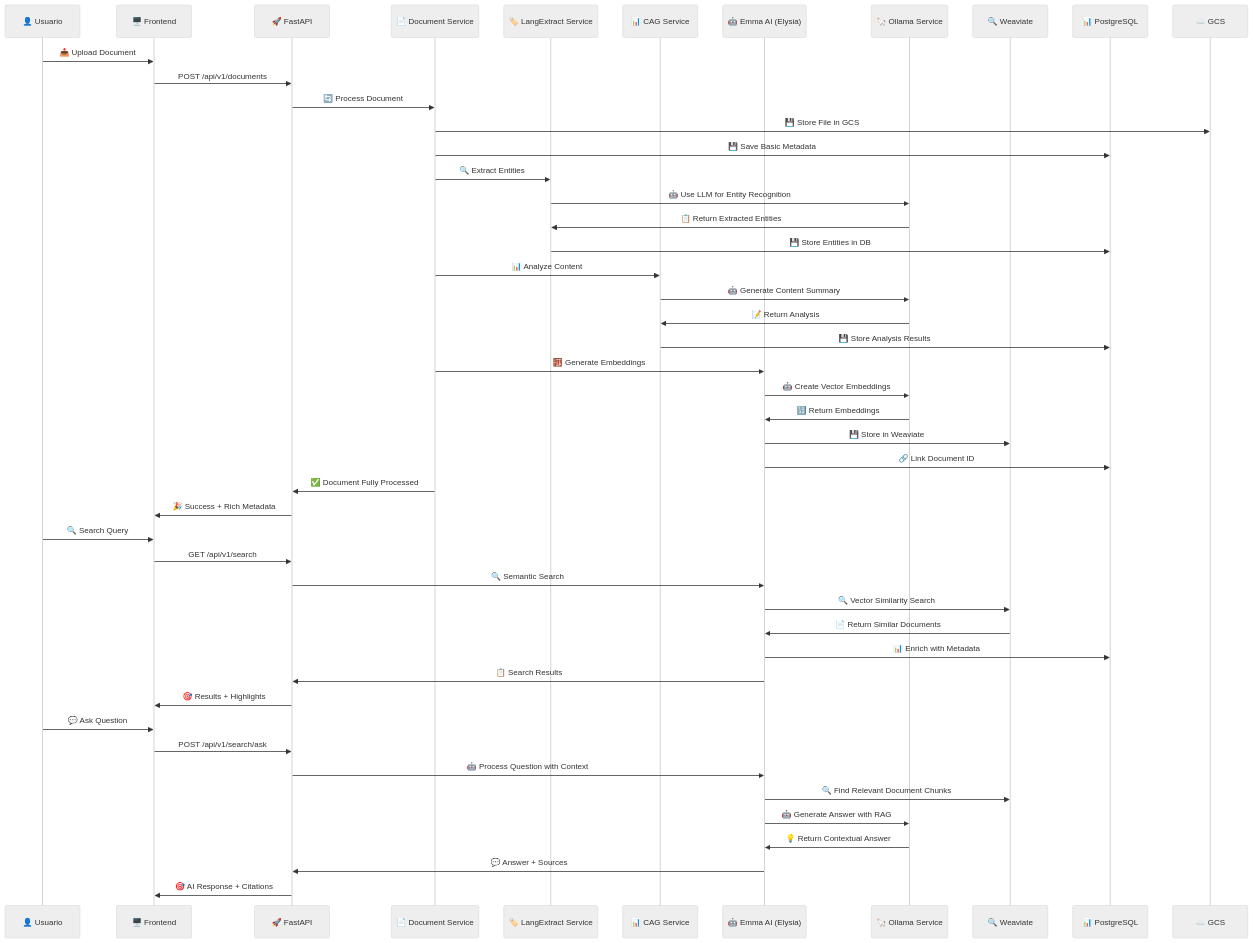
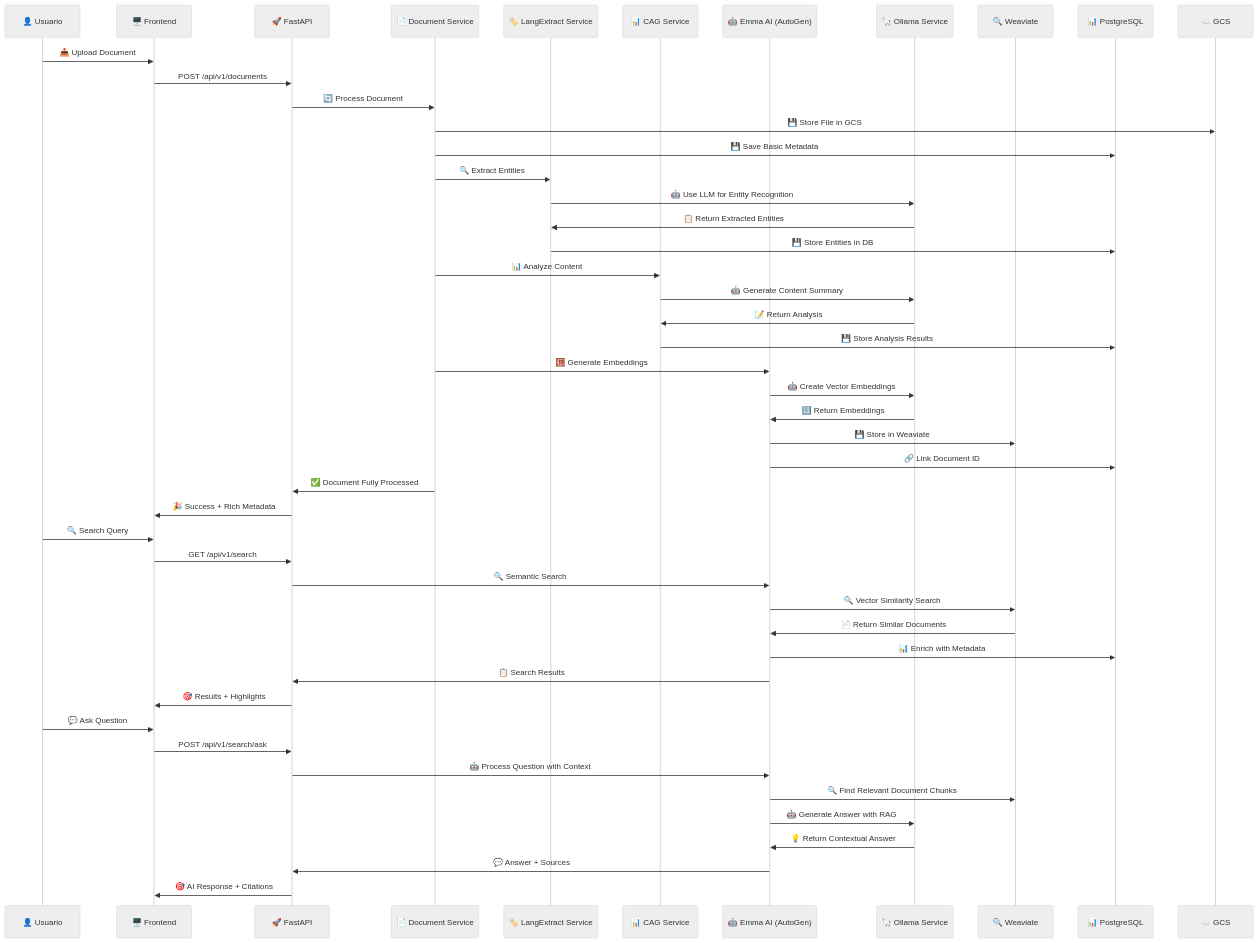
Before and after one commit to horelvis/nexus-documents-ia: the diagram in backend/architecture/document-processing.md, drawn with Mermaid (neutral theme). The commit also changed 298 other files, not shown here.

````diff
--- a/backend/architecture/document-processing.md
+++ b/backend/architecture/document-processing.md
@@ -3,66 +3,66 @@
 ```mermaid
 sequenceDiagram
     participant U as 👤 Usuario
     participant F as 🖥️ Frontend
     participant A as 🚀 FastAPI
     participant D as 📄 Document Service
     participant LE as 🏷️ LangExtract Service
     participant CAG as 📊 CAG Service
-    participant E as 🤖 Emma AI (Elysia)
+    participant E as 🤖 Emma AI (AutoGen)
     participant O as 🦙 Ollama Service
     participant W as 🔍 Weaviate
     participant P as 📊 PostgreSQL
     participant G as ☁️ GCS
 
     %% Upload y Procesamiento Inicial
     U->>F: 📤 Upload Document
     F->>A: POST /api/v1/documents
     A->>D: 🔄 Process Document
 
     %% Almacenamiento
     D->>G: 💾 Store File in GCS
     D->>P: 💾 Save Basic Metadata
 
     %% Extracción de Entidades (Automática)
     D->>LE: 🔍 Extract Entities
     LE->>O: 🤖 Use LLM for Entity Recognition
     O->>LE: 📋 Return Extracted Entities
     LE->>P: 💾 Store Entities in DB
 
     %% Análisis de Contenido
     D->>CAG: 📊 Analyze Content
     CAG->>O: 🤖 Generate Content Summary
     O->>CAG: 📝 Return Analysis
     CAG->>P: 💾 Store Analysis Results
 
     %% Generación de Embeddings
     D->>E: 🧮 Generate Embeddings
     E->>O: 🤖 Create Vector Embeddings
     O->>E: 🔢 Return Embeddings
     E->>W: 💾 Store in Weaviate
     E->>P: 🔗 Link Document ID
 
     %% Respuesta Final
     D->>A: ✅ Document Fully Processed
     A->>F: 🎉 Success + Rich Metadata
 
     %% Búsqueda Semántica
     U->>F: 🔍 Search Query
     F->>A: GET /api/v1/search
     A->>E: 🔍 Semantic Search
     E->>W: 🔍 Vector Similarity Search
     W->>E: 📄 Return Similar Documents
     E->>P: 📊 Enrich with Metadata
     E->>A: 📋 Search Results
     A->>F: 🎯 Results + Highlights
 
     %% Chat con Documentos
     U->>F: 💬 Ask Question
     F->>A: POST /api/v1/search/ask
     A->>E: 🤖 Process Question with Context
     E->>W: 🔍 Find Relevant Document Chunks
     E->>O: 🤖 Generate Answer with RAG
     O->>E: 💡 Return Contextual Answer
     E->>A: 💬 Answer + Sources
     A->>F: 🎯 AI Response + Citations
 ```
````
